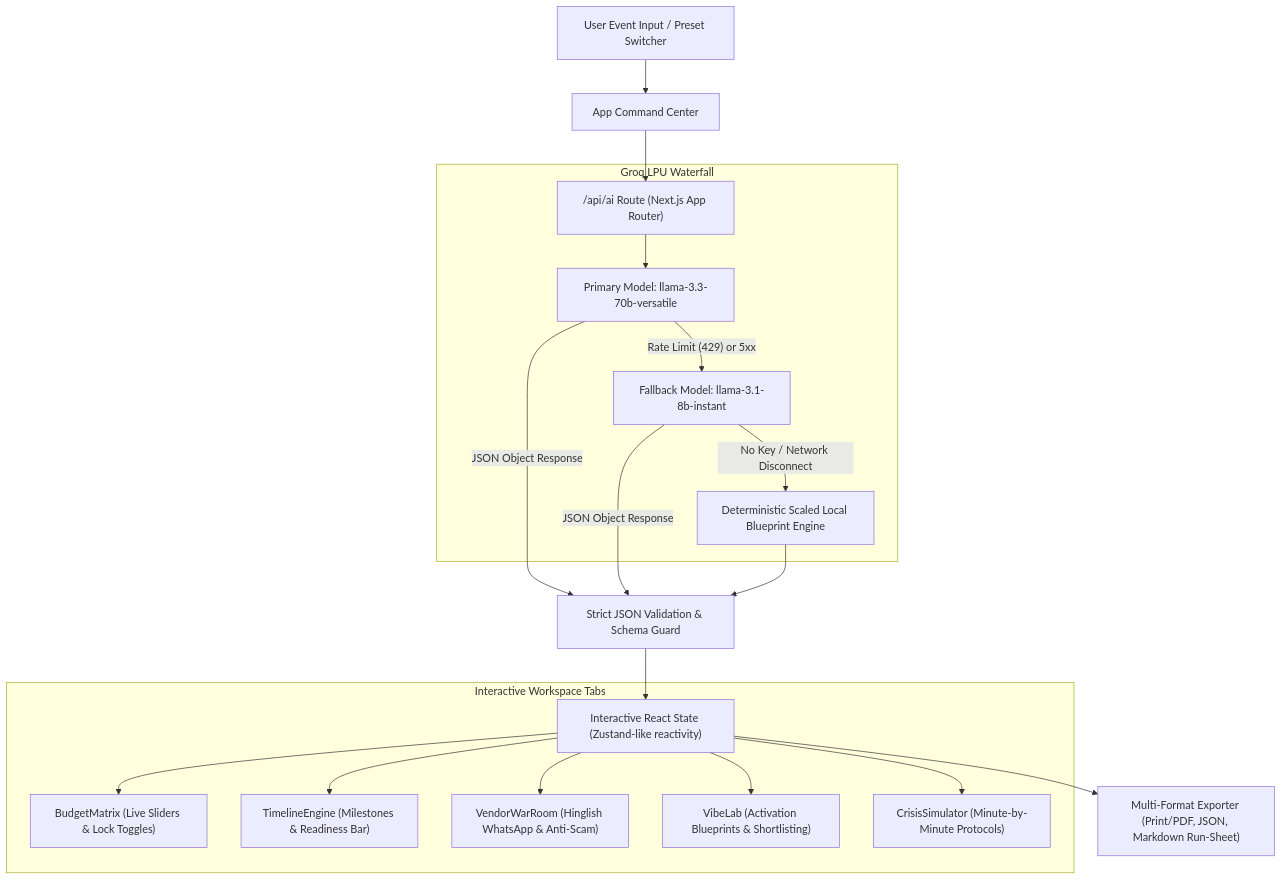
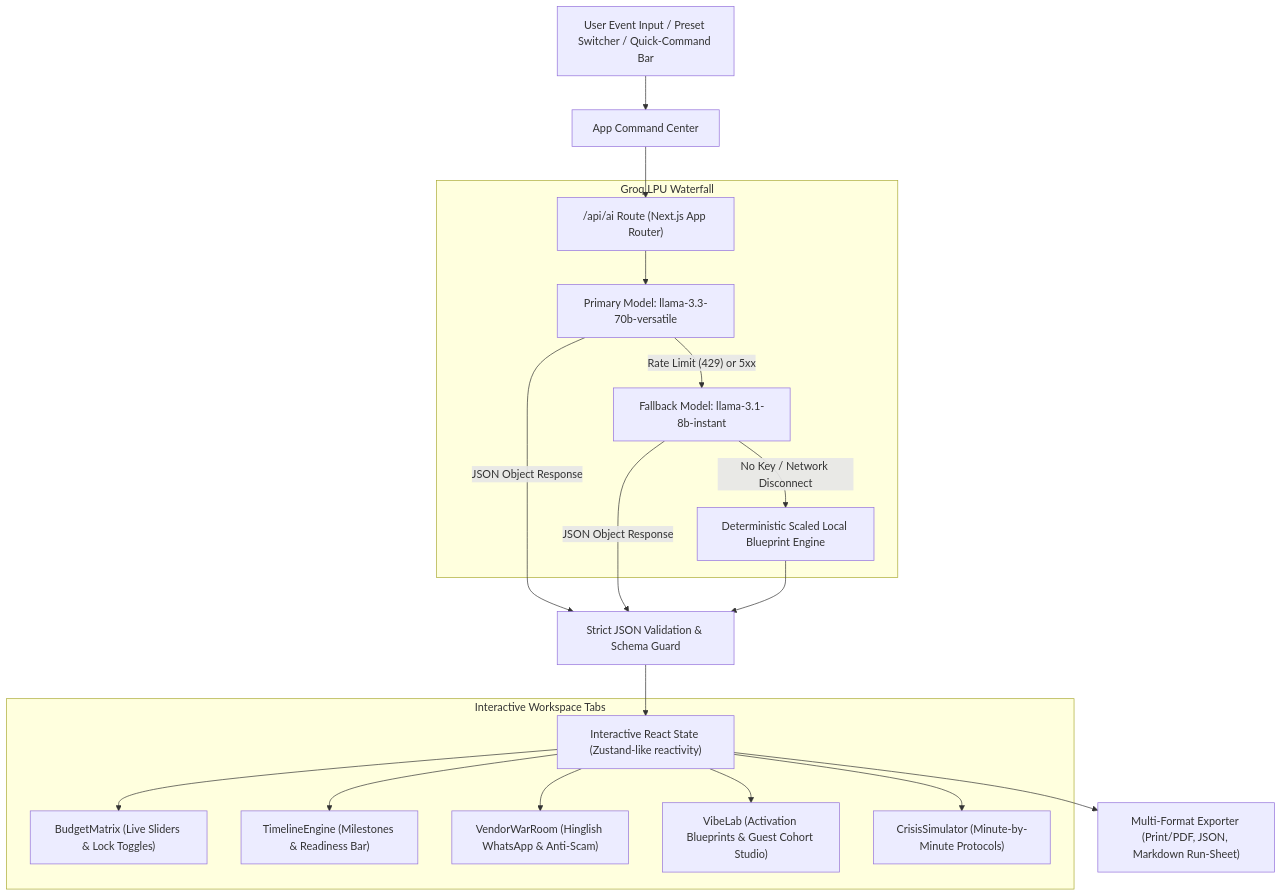
One commit to CodeWithMehru/VibeOps changed the second of 2 diagrams in README.md. Above: the diagram before and after it, drawn with Mermaid. The commit also changed other lines of this file and 20 other files, not shown here.

````diff
--- a/README.md
+++ b/README.md
@@ -36,27 +80,27 @@
 ```mermaid
 flowchart TD
-    UI[User Event Input / Preset Switcher] --> Orchestrator[App Command Center]
+    UI[User Event Input / Preset Switcher / Quick-Command Bar] --> Orchestrator[App Command Center]
     Orchestrator --> API["/api/ai Route (Next.js App Router)"]
 
     subgraph Groq LPU Waterfall
         API --> M1["Primary Model: llama-3.3-70b-versatile"]
         M1 -- "Rate Limit (429) or 5xx" --> M2["Fallback Model: llama-3.1-8b-instant"]
         M2 -- "No Key / Network Disconnect" --> LocalEngine["Deterministic Scaled Local Blueprint Engine"]
     end
 
     M1 -- "JSON Object Response" --> Parser[Strict JSON Validation & Schema Guard]
     M2 -- "JSON Object Response" --> Parser
     LocalEngine --> Parser
 
     Parser --> State["Interactive React State (Zustand-like reactivity)"]
 
     subgraph Interactive Workspace Tabs
         State --> Tab1["BudgetMatrix (Live Sliders & Lock Toggles)"]
         State --> Tab2["TimelineEngine (Milestones & Readiness Bar)"]
         State --> Tab3["VendorWarRoom (Hinglish WhatsApp & Anti-Scam)"]
-        State --> Tab4["VibeLab (Activation Blueprints & Shortlisting)"]
+        State --> Tab4["VibeLab (Activation Blueprints & Guest Cohort Studio)"]
         State --> Tab5["CrisisSimulator (Minute-by-Minute Protocols)"]
     end
 
     State --> ExportEngine["Multi-Format Exporter (Print/PDF, JSON, Markdown Run-Sheet)"]
 ```
````
